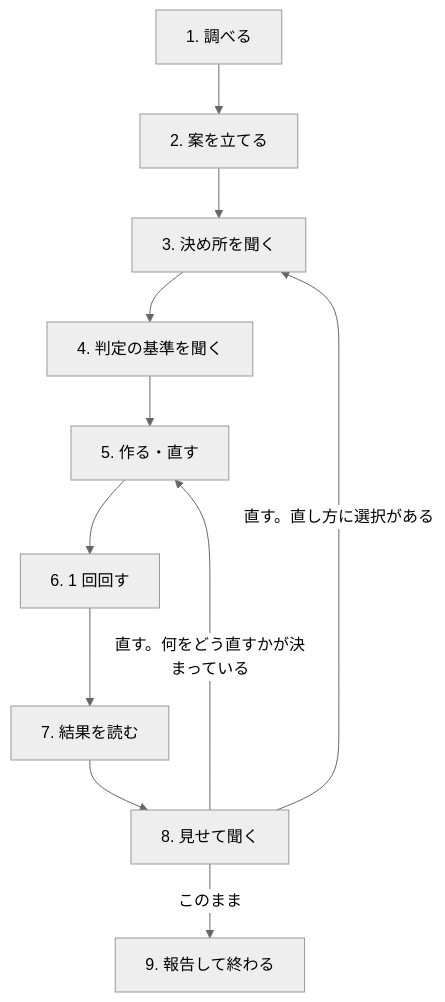
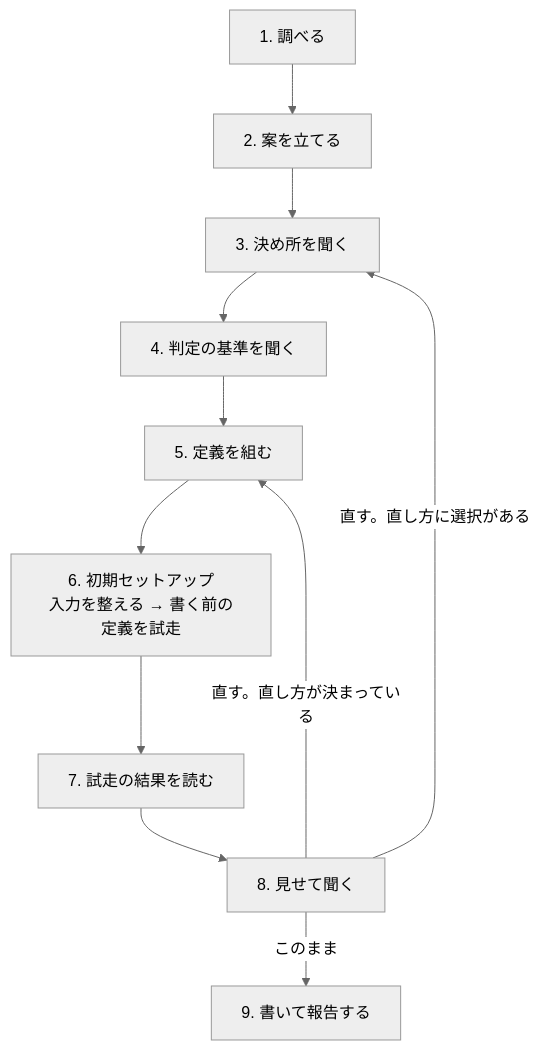
One commit to nakashima-takeo/orbe changed the diagram in app/agent-plugin/plugins/orbe-agent/skills/automation/SKILL.md. Above: the diagram before and after it, drawn with Mermaid (neutral theme). The commit also changed other lines of this file and 2 other files, not shown here.

````diff
--- a/app/agent-plugin/plugins/orbe-agent/skills/automation/SKILL.md
+++ b/app/agent-plugin/plugins/orbe-agent/skills/automation/SKILL.md
@@ -23,13 +24,13 @@
 ```mermaid
 flowchart TD
     A[1. 調べる] --> B[2. 案を立てる]
     B --> C[3. 決め所を聞く]
     C --> D[4. 判定の基準を聞く]
-    D --> E[5. 作る・直す]
-    E --> F[6. 1 回回す]
-    F --> G[7. 結果を読む]
+    D --> E[5. 定義を組む]
+    E --> F[6. 初期セットアップ<br/>入力を整える → 書く前の定義を試走]
+    F --> G[7. 試走の結果を読む]
     G --> H[8. 見せて聞く]
-    H -->|直す。何をどう直すかが決まっている| E
+    H -->|直す。直し方が決まっている| E
     H -->|直す。直し方に選択がある| C
-    H -->|このまま| I[9. 報告して終わる]
+    H -->|このまま| I[9. 書いて報告する]
 ```
````
